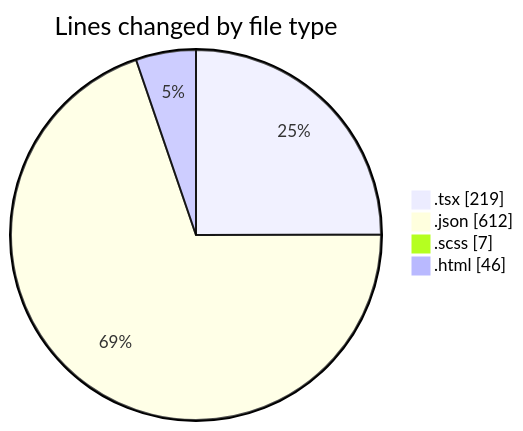
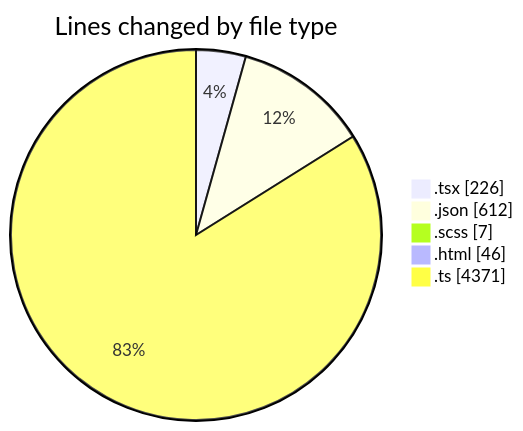
One commit to momahboobian/code-tracking changed the first of 2 diagrams in 2026-04-14/cda/README.md. Above: the diagram before and after it, drawn with Mermaid. The commit also changed other lines of this file and 1 other file, not shown here.

````diff
--- a/2026-04-14/cda/README.md
+++ b/2026-04-14/cda/README.md
@@ -31,8 +32,9 @@
 ```mermaid
 pie showData
 title Lines changed by file type
-".tsx" : 219
+".tsx" : 226
 ".json" : 612
 ".scss" : 7
 ".html" : 46
+".ts" : 4371
 ```
````
